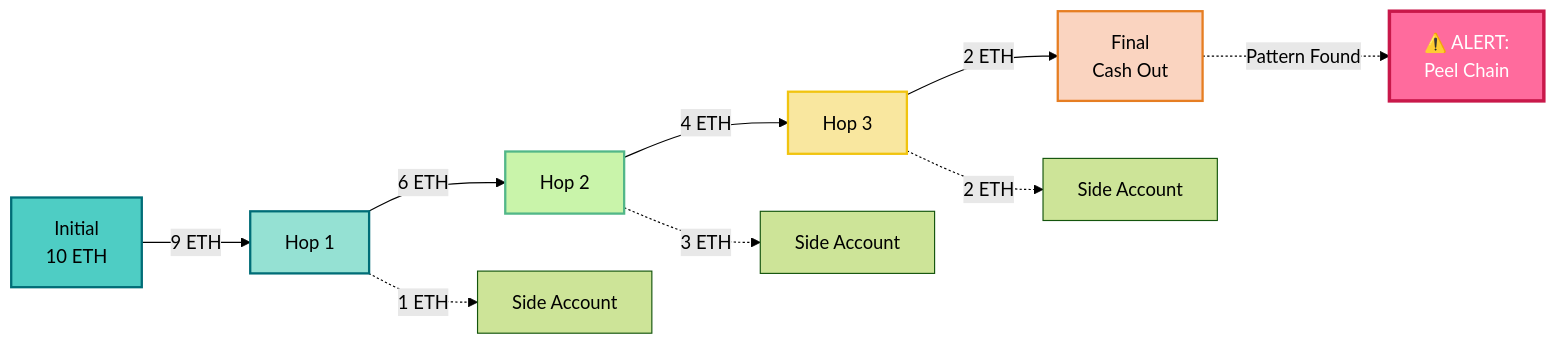
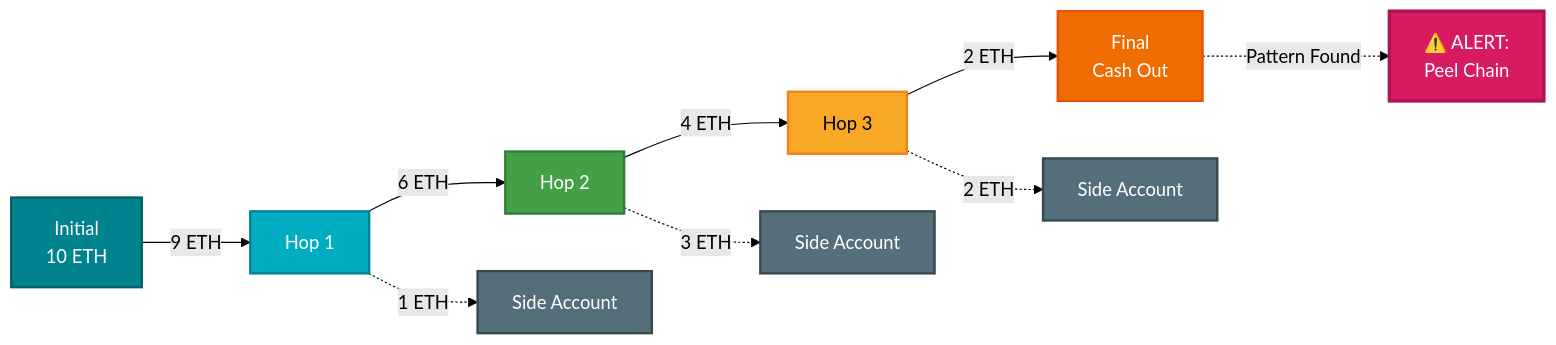
One commit to gregorizeidler/ethguardian-AI changed the fourth of 11 diagrams in README.md. Above: the diagram before and after it, drawn with Mermaid (forest theme). The commit also changed other lines of this file, not shown here.

First line of the commit message:
🎨 Improve README: Add all 24 screenshots + fix diagram contrast

````diff
--- a/README.md
+++ b/README.md
@@ -274,20 +282,23 @@
 ```mermaid
 graph LR
     A[Initial<br/>10 ETH] -->|9 ETH| B[Hop 1]
     B -->|6 ETH| C[Hop 2]
     C -->|4 ETH| D[Hop 3]
     D -->|2 ETH| E[Final<br/>Cash Out]
     
     B -.->|1 ETH| B1[Side Account]
     C -.->|3 ETH| C1[Side Account]
     D -.->|2 ETH| D1[Side Account]
     
     E -.->|Pattern Found| F[⚠️ ALERT:<br/>Peel Chain]
     
-    style A fill:#4ECDC4,stroke:#006D77,stroke-width:2px,color:#000
-    style B fill:#95E1D3,stroke:#006D77,stroke-width:2px
-    style C fill:#C9F4AA,stroke:#52B788,stroke-width:2px
-    style D fill:#F9E79F,stroke:#F1C40F,stroke-width:2px
-    style E fill:#FAD4C0,stroke:#E67E22,stroke-width:2px
-    style F fill:#FF6B9D,stroke:#C9184A,stroke-width:3px,color:#fff
+    style A fill:#00838F,stroke:#006064,stroke-width:2px,color:#fff
+    style B fill:#00ACC1,stroke:#00838F,stroke-width:2px,color:#fff
+    style C fill:#43A047,stroke:#2E7D32,stroke-width:2px,color:#fff
+    style D fill:#F9A825,stroke:#F57F17,stroke-width:2px,color:#000
+    style E fill:#EF6C00,stroke:#E65100,stroke-width:2px,color:#fff
+    style F fill:#D81B60,stroke:#AD1457,stroke-width:3px,color:#fff
+    style B1 fill:#546E7A,stroke:#37474F,stroke-width:2px,color:#fff
+    style C1 fill:#546E7A,stroke:#37474F,stroke-width:2px,color:#fff
+    style D1 fill:#546E7A,stroke:#37474F,stroke-width:2px,color:#fff
 ```
````
